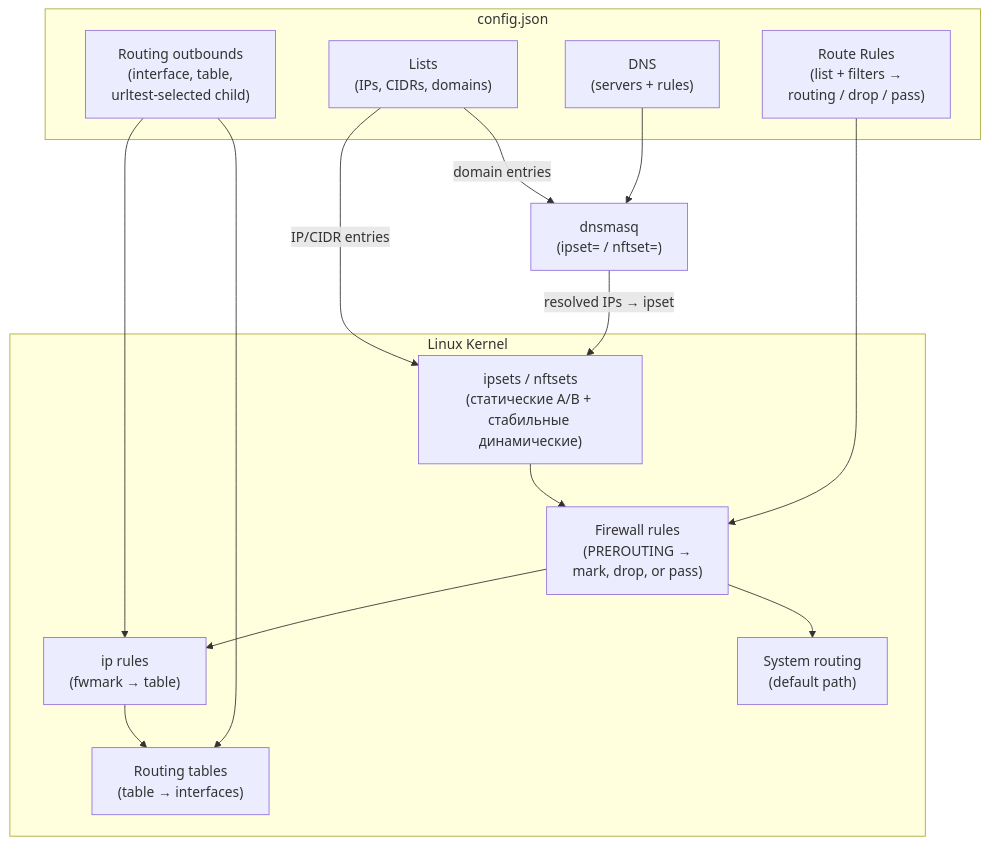
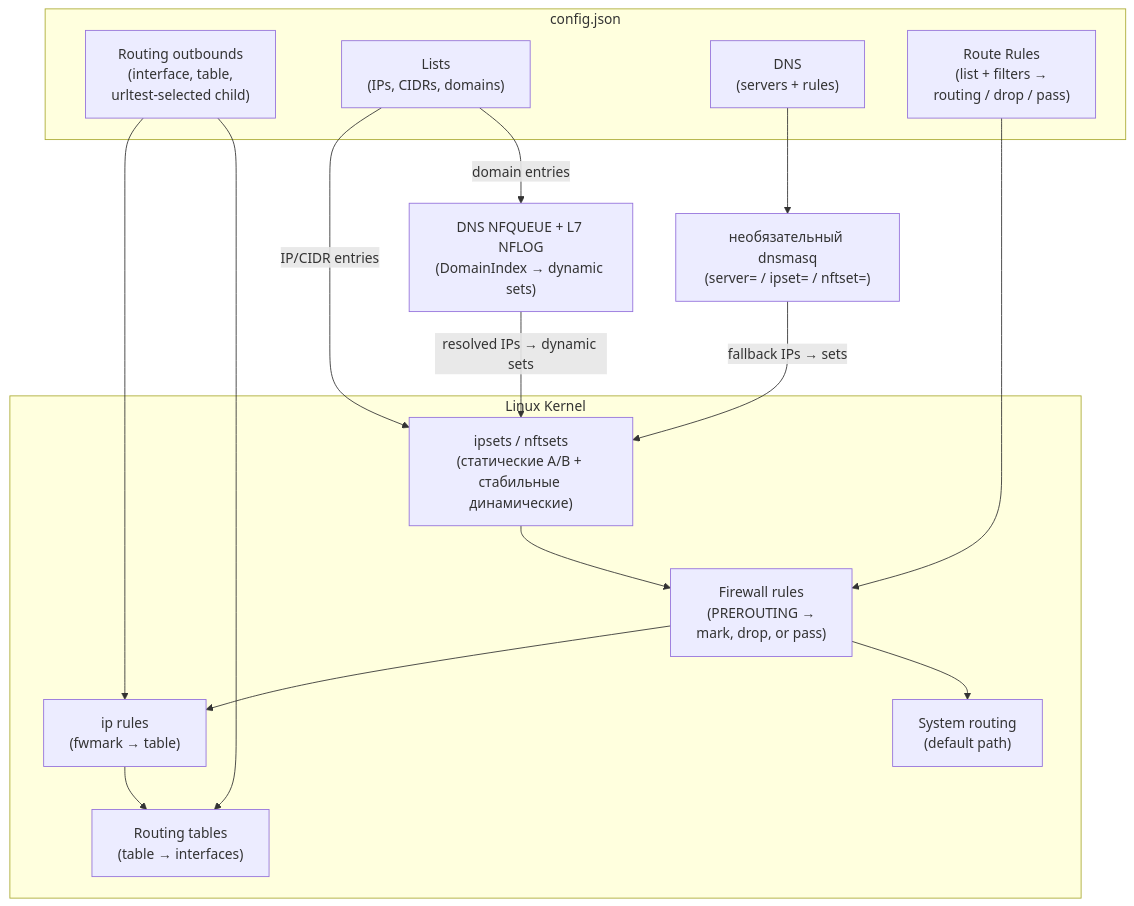
One commit to maksimkurb/keen-pbr changed the first of 3 diagrams in docs/content/docs/concepts.ru.md. Above: the diagram before and after it, drawn with Mermaid. The commit also changed other lines of this file and 21 other files, not shown here.

````diff
--- a/docs/content/docs/concepts.ru.md
+++ b/docs/content/docs/concepts.ru.md
@@ -83,31 +95,33 @@
 ```mermaid
 flowchart TD
     subgraph Config["config.json"]
         RoutingOutbounds["Routing outbounds\n(interface, table,\nurltest-selected child)"]
         Lists["Lists\n(IPs, CIDRs, domains)"]
         DNS["DNS\n(servers + rules)"]
         RouteRules["Route Rules\n(list + filters →\nrouting / drop / pass)"]
     end
 
     subgraph Kernel["Linux Kernel"]
         Ipsets["ipsets / nftsets\n(статические A/B + стабильные динамические)"]
         FwmarkRules["Firewall rules\n(PREROUTING →\nmark, drop, or pass)"]
         IpRules["ip rules\n(fwmark → table)"]
         RoutingTables["Routing tables\n(table → interfaces)"]
         SystemRouting["System routing\n(default path)"]
     end
 
-    Dnsmasq["dnsmasq\n(ipset= / nftset=)"]
+    Interceptor["DNS NFQUEUE + L7 NFLOG\n(DomainIndex → dynamic sets)"]
+    Dnsmasq["необязательный dnsmasq\n(server= / ipset= / nftset=)"]
 
     Lists -->|"IP/CIDR entries"| Ipsets
-    Lists -->|"domain entries"| Dnsmasq
+    Lists -->|"domain entries"| Interceptor
     DNS --> Dnsmasq
     Ipsets --> FwmarkRules
     RouteRules --> FwmarkRules
     RoutingOutbounds --> IpRules
     RoutingOutbounds --> RoutingTables
     FwmarkRules --> IpRules
     FwmarkRules --> SystemRouting
     IpRules --> RoutingTables
-    Dnsmasq -->|"resolved IPs → ipset"| Ipsets
+    Interceptor -->|"resolved IPs → dynamic sets"| Ipsets
+    Dnsmasq -->|"fallback IPs → sets"| Ipsets
 ```
````
